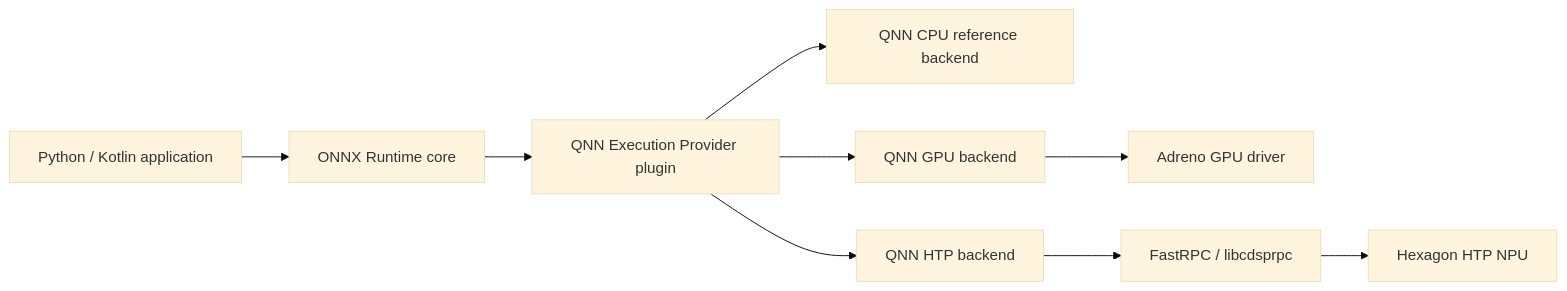
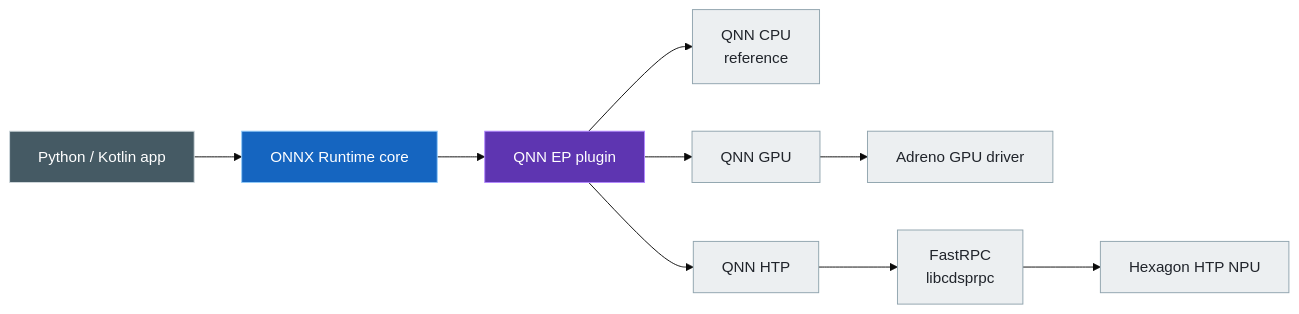
One commit to DakeQQ/Tutorial-ONNX-Runtime-Execution-Providers changed the second of 5 diagrams in Qualcomm/README.md. Above: the diagram before and after it, drawn with Mermaid (base theme). The commit also changed other lines of this file and 1 other file, not shown here.

````diff
--- a/Qualcomm/README.md
+++ b/Qualcomm/README.md
@@ -105,11 +132,17 @@
 ```mermaid
 flowchart LR
-    APP[Python / Kotlin application] --> ORT[ONNX Runtime core]
-    ORT --> PLUGIN[QNN Execution Provider plugin]
-    PLUGIN --> CPU[QNN CPU reference backend]
-    PLUGIN --> GPU[QNN GPU backend]
-    PLUGIN --> HTP[QNN HTP backend]
-    GPU --> ADRENO[Adreno GPU driver]
-    HTP --> FASTRPC[FastRPC / libcdsprpc]
-    FASTRPC --> HEXAGON[Hexagon HTP NPU]
+    APP["Python / Kotlin app"] --> ORT["ONNX Runtime core"]
+    ORT --> PLUGIN["QNN EP plugin"]
+    PLUGIN --> CPU["QNN CPU<br/>reference"]
+    PLUGIN --> GPU["QNN GPU"]
+    PLUGIN --> HTP["QNN HTP"]
+    GPU --> ADRENO["Adreno GPU driver"]
+    HTP --> FASTRPC["FastRPC<br/>libcdsprpc"]
+    FASTRPC --> HEXAGON["Hexagon HTP NPU"]
+
+    style APP fill:#455a64,stroke:#cfd8dc,color:#ffffff
+    style ORT fill:#1565c0,stroke:#90caf9,color:#ffffff
+    style PLUGIN fill:#5e35b1,stroke:#b388ff,color:#ffffff
+    classDef leaf fill:#eceff1,stroke:#90a4ae,color:#20242b
+    class CPU,GPU,HTP,ADRENO,FASTRPC,HEXAGON leaf
 ```
````
